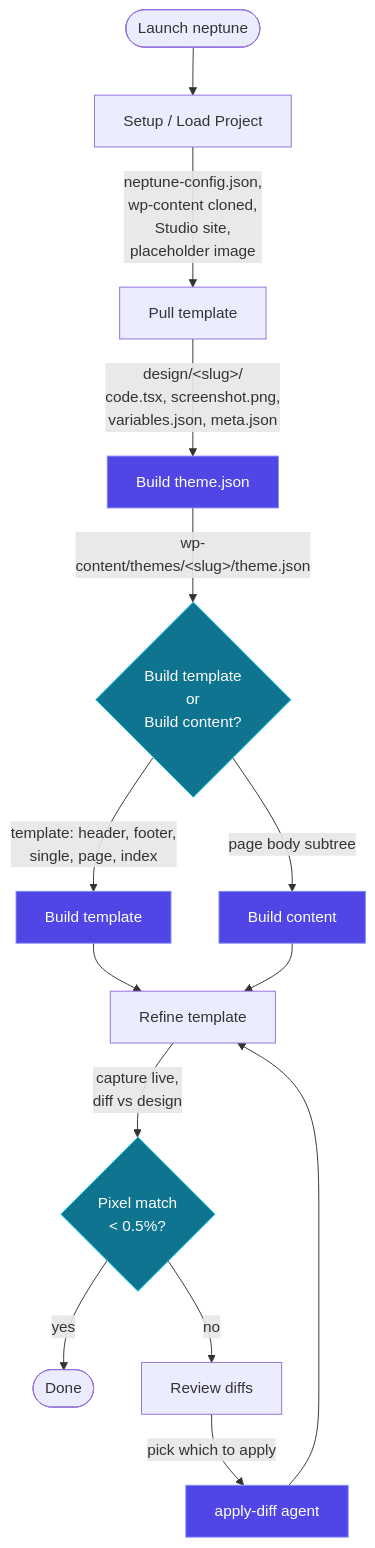
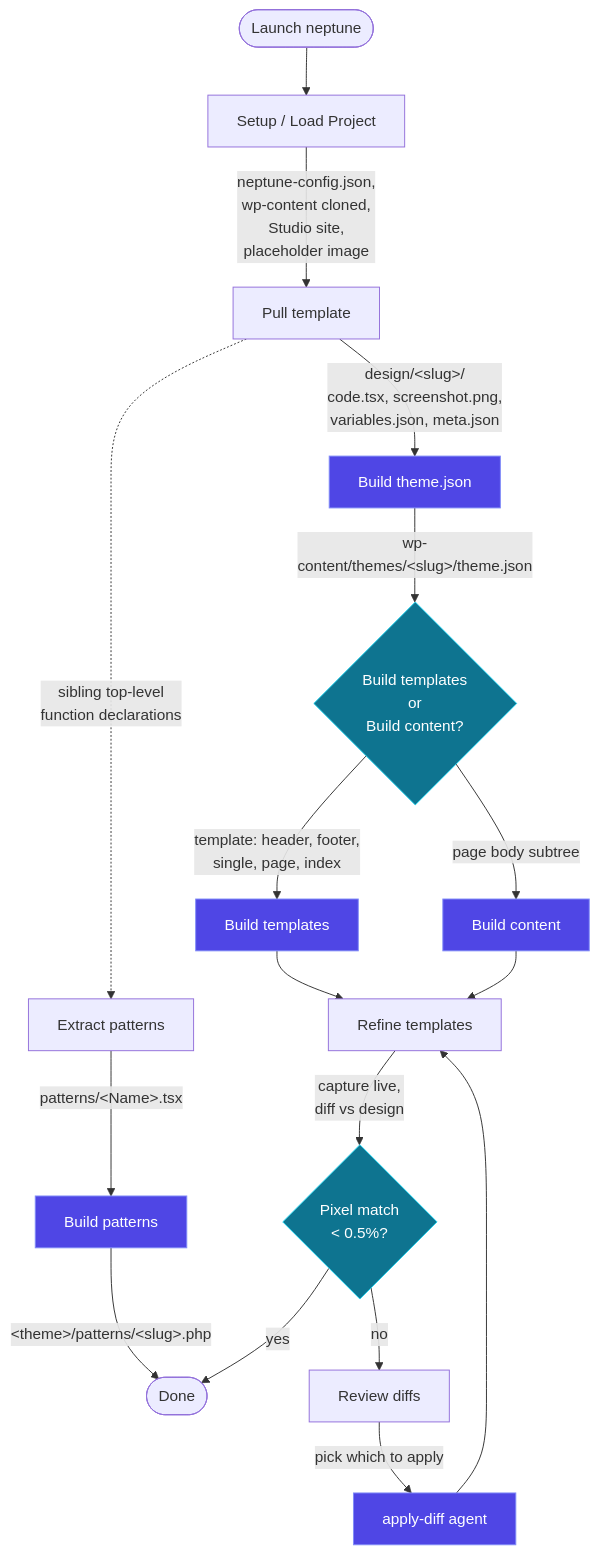
One commit to a8cteam51/neptune changed the first of 2 diagrams in README.md. Above: the diagram before and after it, drawn with Mermaid. The commit also changed other lines of this file and 10 other files, not shown here.

First line of the commit message:
Add pattern build flow and refactor build UI

````diff
--- a/README.md
+++ b/README.md
@@ -39,24 +40,28 @@
 ```mermaid
 flowchart TD
     Start(["Launch neptune"]) --> Setup["Setup / Load Project"]
     Setup -->|"neptune-config.json,<br/>wp-content cloned,<br/>Studio site,<br/>placeholder image"| Pull["Pull template"]
     Pull -->|"design/&lt;slug&gt;/<br/>code.tsx, screenshot.png,<br/>variables.json, meta.json"| Theme["Build theme.json"]
-    Theme -->|"wp-content/themes/&lt;slug&gt;/theme.json"| Build{"Build template<br/>or<br/>Build content?"}
+    Theme -->|"wp-content/themes/&lt;slug&gt;/theme.json"| Build{"Build templates<br/>or<br/>Build content?"}
 
-    Build -->|"template: header, footer,<br/>single, page, index"| BuildTpl["Build template"]
+    Build -->|"template: header, footer,<br/>single, page, index"| BuildTpl["Build templates"]
     Build -->|"page body subtree"| BuildCt["Build content"]
 
-    BuildTpl --> Refine["Refine template"]
+    Pull -.->|"sibling top-level<br/>function declarations"| Extract["Extract patterns"]
+    Extract -->|"patterns/&lt;Name&gt;.tsx"| BuildPat["Build patterns"]
+    BuildPat -->|"&lt;theme&gt;/patterns/&lt;slug&gt;.php"| Done
+
+    BuildTpl --> Refine["Refine templates"]
     BuildCt --> Refine
 
     Refine -->|"capture live,<br/>diff vs design"| Match{"Pixel match<br/>&lt; 0.5%?"}
     Match -->|"yes"| Done(["Done"])
     Match -->|"no"| Review["Review diffs"]
     Review -->|"pick which to apply"| Apply["apply-diff agent"]
     Apply --> Refine
 
     classDef gate fill:#0e7490,stroke:#22d3ee,color:#fff
     classDef agent fill:#4f46e5,stroke:#818cf8,color:#fff
     class Build,Match gate
-    class Theme,BuildTpl,BuildCt,Apply agent
+    class Theme,BuildTpl,BuildCt,BuildPat,Apply agent
 ```
````
